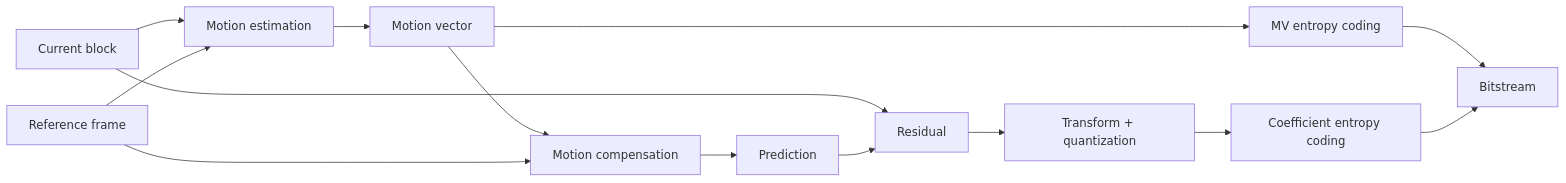
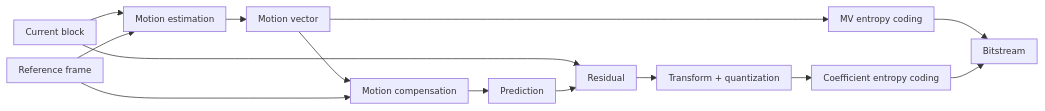
Diagram 17 of 31 in First Year/Second Semester/Multimedia Communications/Summaries/Multimedia Communications - Complete Notes.md (alessandro-vulcu-code/ICT2025), drawn with Mermaid before and after one commit. The commit also changed other lines of this file and 582 other files, not shown here.

````diff
--- a/First Year/Second Semester/Multimedia Communications/Summaries/Multimedia Communications - Complete Notes.md
+++ b/First Year/Second Semester/Multimedia Communications/Summaries/Multimedia Communications - Complete Notes.md
@@ -4799,16 +4756,17 @@
 ```mermaid
+%%{init: {"flowchart": {"useMaxWidth": true, "htmlLabels": false, "nodeSpacing": 18, "rankSpacing": 28, "padding": 8}, "themeVariables": {"fontSize": "12px"}}}%%
 flowchart LR
-    A[Current block] --> B[Motion estimation]
-    R[Reference frame] --> B
-    B --> C[Motion vector]
-    C --> D[Motion compensation]
+    A["Current block"] --> B["Motion estimation"]
+    R["Reference frame"] --> B
+    B --> C["Motion vector"]
+    C --> D["Motion compensation"]
     R --> D
-    D --> E[Prediction]
-    A --> F[Residual]
+    D --> E["Prediction"]
+    A --> F["Residual"]
     E --> F
-    C --> G[MV entropy coding]
-    F --> H[Transform + quantization]
-    H --> I[Coefficient entropy coding]
-    G --> J[Bitstream]
+    C --> G["MV entropy coding"]
+    F --> H["Transform + quantization"]
+    H --> I["Coefficient entropy coding"]
+    G --> J["Bitstream"]
     I --> J
 ```
````
